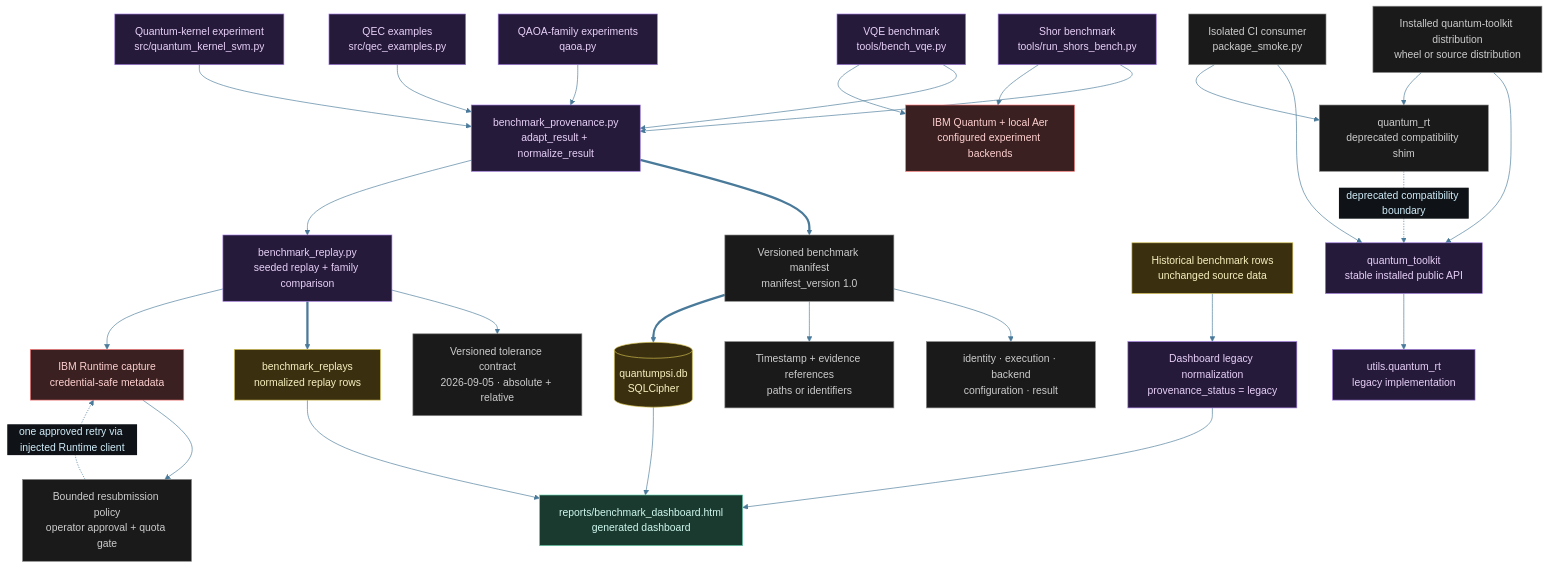
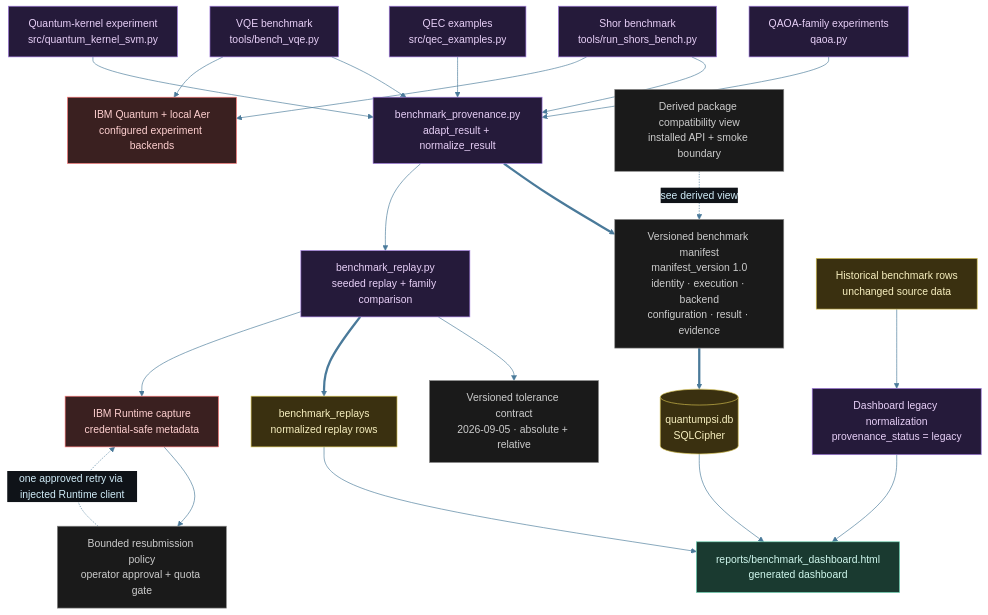
One commit to tylerdrakemusic/Quantum changed the diagram in diagrams/quantum-architecture.mmd. Above: the diagram before and after it, drawn with Mermaid. The commit also changed 4 other files, not shown here.

Commit message:
Fix Quantum diagram budget split for TODO 644

```diff
--- a/diagrams/quantum-architecture.mmd
+++ b/diagrams/quantum-architecture.mmd
@@ -1,66 +1,53 @@
 %%{init: {'theme': 'base', 'themeVariables': {'primaryColor': '#1a2e3a', 'primaryTextColor': '#d0ecf8', 'edgeLabelBackground': '#0f1318', 'lineColor': '#4a7a9a'}}}%%
 %% is_derived_view=false
-%% Traceability.derived_views: diagrams/quantum-derived-cache-integrity.mmd, diagrams/quantum-randomness-service.mmd
+%% Traceability.derived_views: diagrams/quantum-derived-cache-integrity.mmd, diagrams/quantum-randomness-service.mmd, diagrams/quantum-package-compatibility.mmd
 graph TB
     Shor[Shor benchmark<br/>tools/run_shors_bench.py]:::quantum
     VQE[VQE benchmark<br/>tools/bench_vqe.py]:::quantum
     QAOA[QAOA-family experiments<br/>qaoa.py]:::quantum
     QEC[QEC examples<br/>src/qec_examples.py]:::quantum
     Kernel[Quantum-kernel experiment<br/>src/quantum_kernel_svm.py]:::quantum
     Contract[benchmark_provenance.py<br/>adapt_result + normalize_result]:::quantum
     Replay[benchmark_replay.py<br/>seeded replay + family comparison]:::quantum
     Tolerance[Versioned tolerance contract<br/>2026-09-05 · absolute + relative]:::state
     RuntimeCapture[IBM Runtime capture<br/>credential-safe metadata]:::ext
     RuntimePolicy[Bounded resubmission policy<br/>operator approval + quota gate]:::state
-    Manifest[Versioned benchmark manifest<br/>manifest_version 1.0]:::state
-    Sections[identity · execution · backend<br/>configuration · result]:::state
-    Evidence[Timestamp + evidence references<br/>paths or identifiers]:::state
+    Manifest[Versioned benchmark manifest<br/>manifest_version 1.0<br/>identity · execution · backend<br/>configuration · result · evidence]:::state
     QuantumDB[(quantumpsi.db<br/>SQLCipher)]:::db
     ReplayRows[benchmark_replays<br/>normalized replay rows]:::db
     Legacy[Historical benchmark rows<br/>unchanged source data]:::db
     Normalize[Dashboard legacy normalization<br/>provenance_status = legacy]:::quantum
     Dashboard[reports/benchmark_dashboard.html<br/>generated dashboard]:::store
     Backends[IBM Quantum + local Aer<br/>configured experiment backends]:::ext
-    InstalledPackage[Installed quantum-toolkit distribution<br/>wheel or source distribution]:::state
-    PublicAPI[quantum_toolkit<br/>stable installed public API]:::quantum
-    LegacyAPI[quantum_rt<br/>deprecated compatibility shim]:::state
-    RuntimeAPI[utils.quantum_rt<br/>legacy implementation]:::quantum
-    ConsumerSmoke[Isolated CI consumer<br/>package_smoke.py]:::state
+    PackageCompat[Derived package compatibility view<br/>installed API + smoke boundary]:::state
     Shor --> Contract
     VQE --> Contract
     QAOA --> Contract
     QEC --> Contract
     Kernel --> Contract
     Contract ==> Manifest
-    Manifest --> Sections
-    Manifest --> Evidence
     Contract --> Replay
     Replay --> Tolerance
     Replay ==> ReplayRows
     Replay --> RuntimeCapture
     RuntimeCapture --> RuntimePolicy
     RuntimePolicy -.->|"one approved retry via injected Runtime client"| RuntimeCapture
     Shor --> Backends
     VQE --> Backends
     Manifest ==> QuantumDB
     ReplayRows --> Dashboard
     Legacy --> Normalize
     Normalize --> Dashboard
     QuantumDB --> Dashboard
-    InstalledPackage --> PublicAPI
-    InstalledPackage --> LegacyAPI
-    PublicAPI --> RuntimeAPI
-    LegacyAPI -.->|"deprecated compatibility boundary"| PublicAPI
-    ConsumerSmoke --> PublicAPI
-    ConsumerSmoke --> LegacyAPI
+    PackageCompat -.->|"see derived view"| Manifest
 
 classDef life     fill:#1a2e3a,stroke:#6ab4d4,color:#d0ecf8
 classDef music    fill:#3a1a24,stroke:#d47a8f,color:#f8d0dc
 classDef quantum  fill:#251a3a,stroke:#a07adf,color:#e8d0f8
 classDef manifest fill:#3a2e1a,stroke:#d4a96a,color:#f8ead0
 classDef ws       fill:#1a3a30,stroke:#6ad4b4,color:#d0f8ee
 classDef tyler    fill:#2a1a3a,stroke:#9e4aff,color:#fff
 classDef ext      fill:#3a2020,stroke:#ff7a7a,color:#ffd0d0
 classDef db       fill:#3a3010,stroke:#d4c050,color:#f8f0c0
 classDef state    fill:#1a1a1a,stroke:#888888,color:#cccccc
 classDef store    fill:#1a3a30,stroke:#6ad4b4,color:#d0f8ee
```
